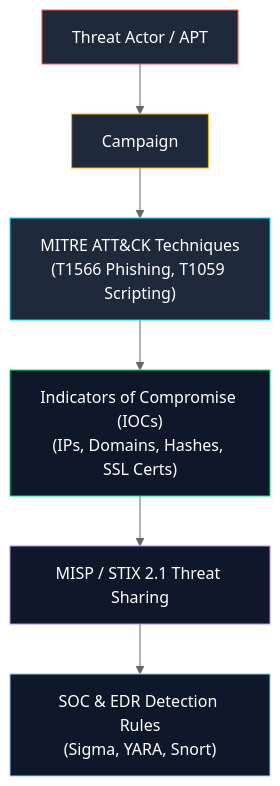
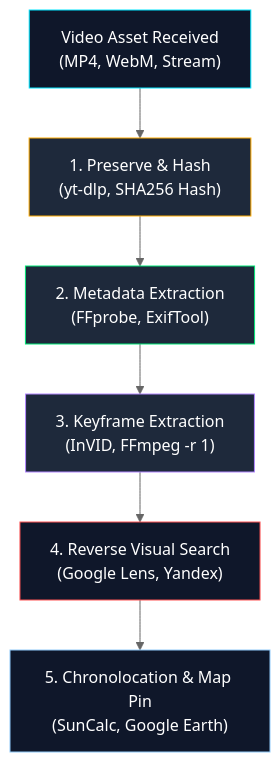
Before and after one commit to sivaoffl04/Cyber-Blog: diagram 13 of 16 in OSINT/Over all OSINT/OSINT_Complete_Framework_and_Investigation_Guide.md, drawn with Mermaid (neutral theme). The commit also changed other lines of this file and 1 other file, not shown here.

````diff
--- a/OSINT/Over all OSINT/OSINT_Complete_Framework_and_Investigation_Guide.md
+++ b/OSINT/Over all OSINT/OSINT_Complete_Framework_and_Investigation_Guide.md
@@ -711,15 +1644,21 @@
 ```mermaid
 flowchart TD
-    T["Threat Actor / APT"] --> C["Campaign"]
-    C --> TTP["MITRE ATT&CK Techniques\n(T1566 Phishing, T1059 Scripting)"]
-    TTP --> IOC["Indicators of Compromise (IOCs)\n(IPs, Domains, Hashes, SSL Certs)"]
-    IOC --> MISP["MISP / STIX 2.1 Threat Sharing"]
-    MISP --> DEF["SOC & EDR Detection Rules\n(Sigma, YARA, Snort)"]
+    VID["Video Asset Received
+(MP4, WebM, Stream)"] --> PRE["1. Preserve & Hash
+(yt-dlp, SHA256 Hash)"]
+    PRE --> META["2. Metadata Extraction
+(FFprobe, ExifTool)"]
+    META --> FRAME["3. Keyframe Extraction
+(InVID, FFmpeg -r 1)"]
+    FRAME --> REV["4. Reverse Visual Search
+(Google Lens, Yandex)"]
+    REV --> GEO["5. Chronolocation & Map Pin
+(SunCalc, Google Earth)"]
 
-    style T fill:#1e293b,stroke:#ff5252,color:#fff
-    style C fill:#1e293b,stroke:#ffab00,color:#fff
-    style TTP fill:#1e293b,stroke:#00e5ff,color:#fff
-    style IOC fill:#0f172a,stroke:#00e676,color:#fff
-    style MISP fill:#0f172a,stroke:#b388ff,color:#fff
-    style DEF fill:#0f172a,stroke:#90caf9,color:#fff
+    style VID fill:#0f172a,stroke:#00e5ff,color:#fff
+    style PRE fill:#1e293b,stroke:#ffab00,color:#fff
+    style META fill:#1e293b,stroke:#00e676,color:#fff
+    style FRAME fill:#1e293b,stroke:#b388ff,color:#fff
+    style REV fill:#0f172a,stroke:#ff5252,color:#fff
+    style GEO fill:#0f172a,stroke:#90caf9,color:#fff
 ```
````
